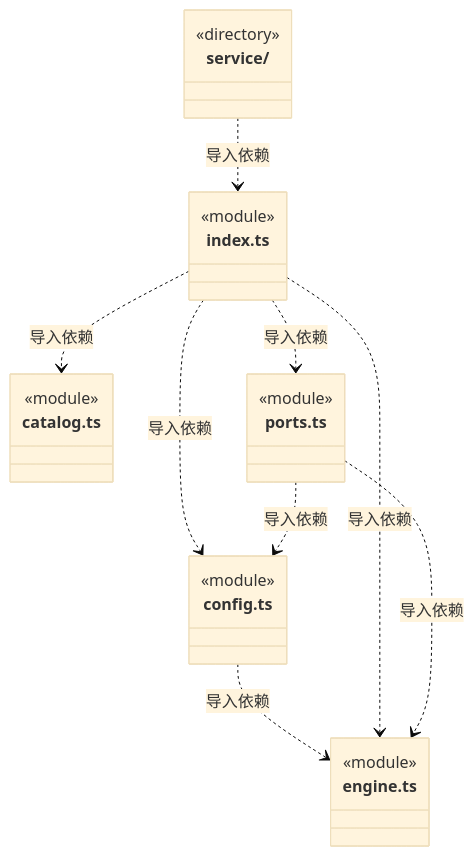
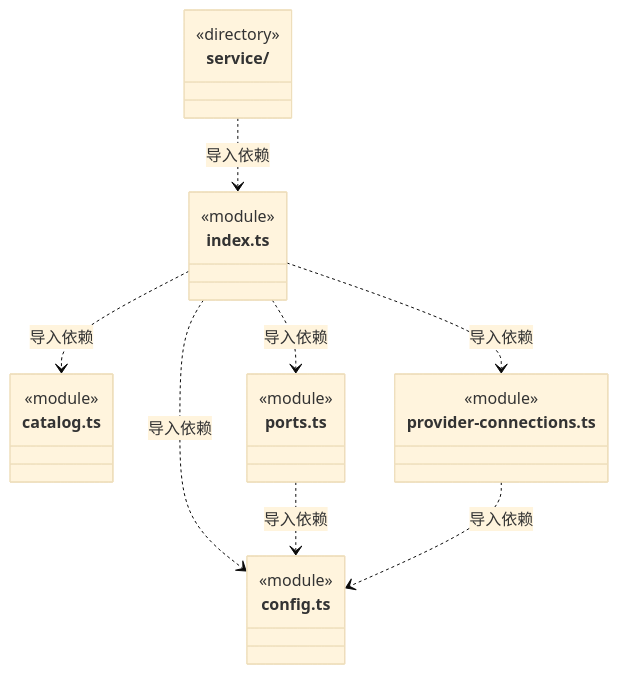
The first of 5 diagrams in src/logic/models/ARCHITECTURE.md (nan023062/cbim), drawn with Mermaid (base theme) before and after one commit. The commit also changed other lines of this file and 131 other files, not shown here.

````diff
--- a/src/logic/models/ARCHITECTURE.md
+++ b/src/logic/models/ARCHITECTURE.md
@@ -23,29 +22,28 @@
 ```mermaid
 classDiagram
 class N_src_logic_models_service["service/"] {
   <<directory>>
 }
 class N_src_logic_models_catalog_ts["catalog.ts"] {
   <<module>>
 }
 class N_src_logic_models_config_ts["config.ts"] {
   <<module>>
 }
-class N_src_logic_models_engine_ts["engine.ts"] {
-  <<module>>
-}
 class N_src_logic_models_index_ts["index.ts"] {
   <<module>>
 }
 class N_src_logic_models_ports_ts["ports.ts"] {
   <<module>>
 }
-N_src_logic_models_config_ts ..> N_src_logic_models_engine_ts : 导入依赖
+class N_src_logic_models_provider_connections_ts["provider-connections.ts"] {
+  <<module>>
+}
 N_src_logic_models_index_ts ..> N_src_logic_models_catalog_ts : 导入依赖
 N_src_logic_models_index_ts ..> N_src_logic_models_config_ts : 导入依赖
-N_src_logic_models_index_ts ..> N_src_logic_models_engine_ts : 导入依赖
+N_src_logic_models_index_ts ..> N_src_logic_models_provider_connections_ts : 导入依赖
 N_src_logic_models_index_ts ..> N_src_logic_models_ports_ts : 导入依赖
 N_src_logic_models_ports_ts ..> N_src_logic_models_config_ts : 导入依赖
-N_src_logic_models_ports_ts ..> N_src_logic_models_engine_ts : 导入依赖
+N_src_logic_models_provider_connections_ts ..> N_src_logic_models_config_ts : 导入依赖
 N_src_logic_models_service ..> N_src_logic_models_index_ts : 导入依赖
 ```
````
